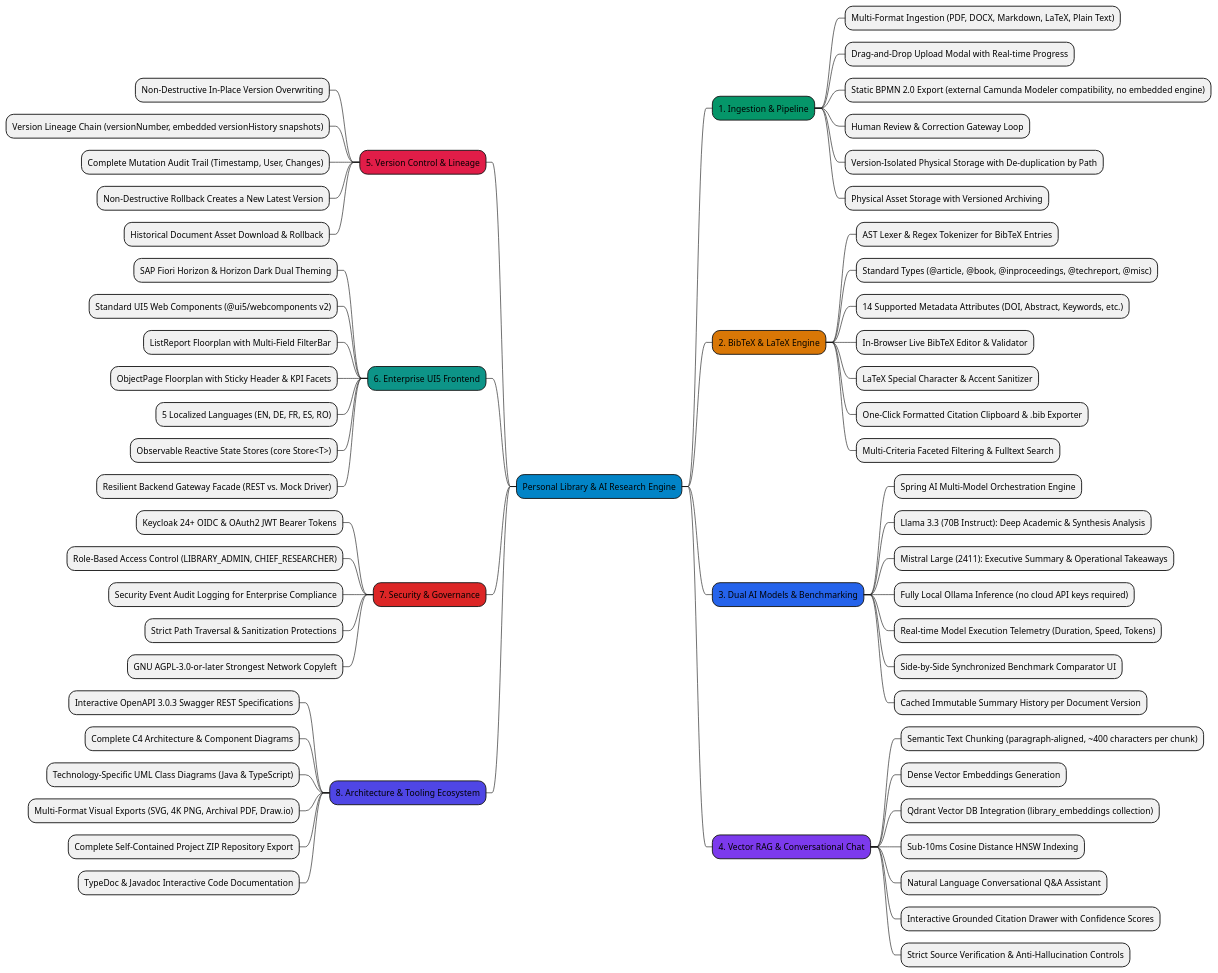
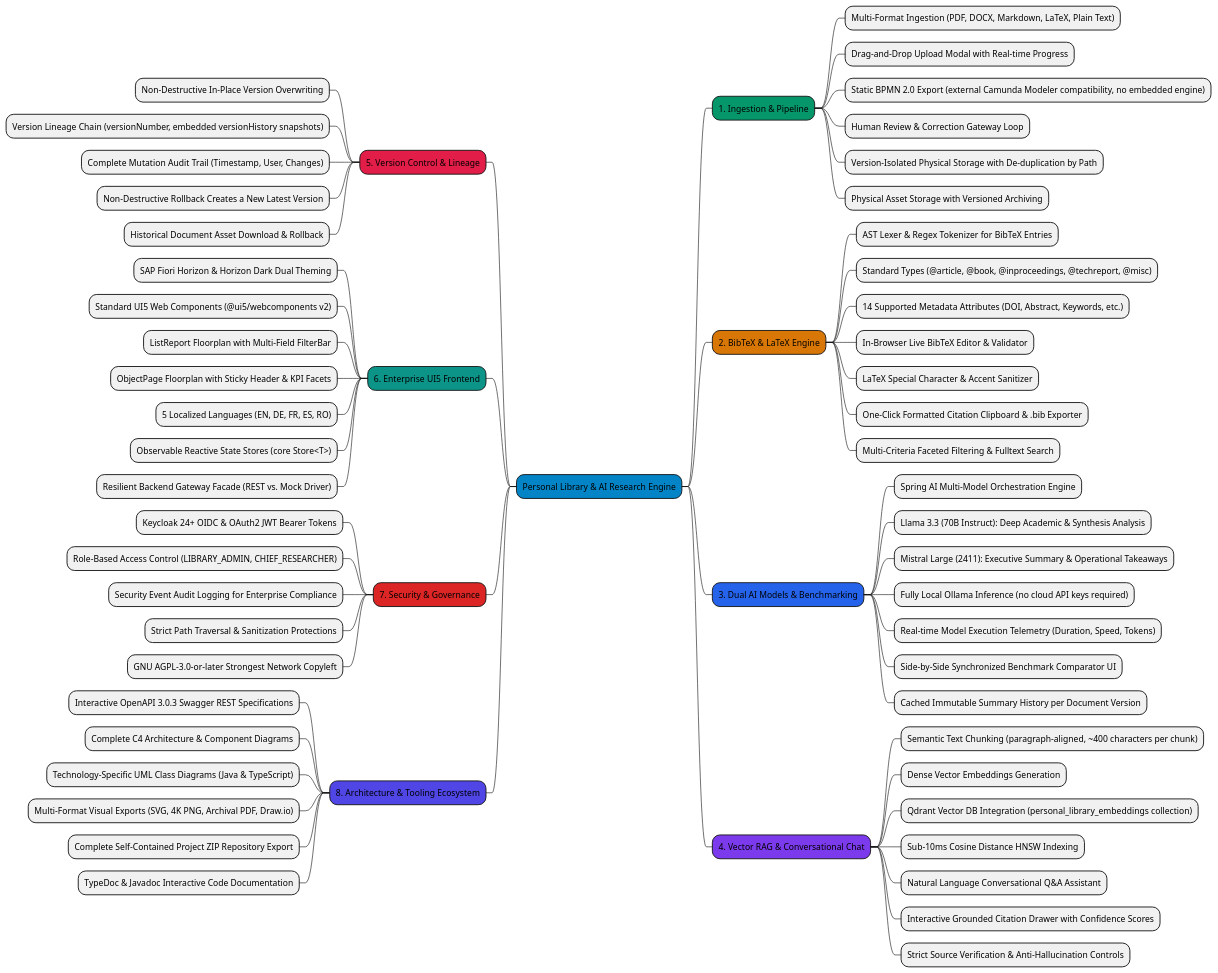
One commit to epascalau/personal-library changed the diagram in docs/diagrams/mindmap.puml. Above: the diagram before and after it, drawn with PlantUML. The commit also changed 70 other files, not shown here.

```diff
--- a/docs/diagrams/mindmap.puml
+++ b/docs/diagrams/mindmap.puml
@@ -1,72 +1,72 @@
 @startmindmap
 *[#0284c7] Personal Library & AI Research Engine
 
 **[#059669] 1. Ingestion & Pipeline
 *** Multi-Format Ingestion (PDF, DOCX, Markdown, LaTeX, Plain Text)
 *** Drag-and-Drop Upload Modal with Real-time Progress
 *** Static BPMN 2.0 Export (external Camunda Modeler compatibility, no embedded engine)
 *** Human Review & Correction Gateway Loop
 *** Version-Isolated Physical Storage with De-duplication by Path
 *** Physical Asset Storage with Versioned Archiving
 
 **[#d97706] 2. BibTeX & LaTeX Engine
 *** AST Lexer & Regex Tokenizer for BibTeX Entries
 *** Standard Types (@article, @book, @inproceedings, @techreport, @misc)
 *** 14 Supported Metadata Attributes (DOI, Abstract, Keywords, etc.)
 *** In-Browser Live BibTeX Editor & Validator
 *** LaTeX Special Character & Accent Sanitizer
 *** One-Click Formatted Citation Clipboard & .bib Exporter
 *** Multi-Criteria Faceted Filtering & Fulltext Search
 
 **[#2563eb] 3. Dual AI Models & Benchmarking
 *** Spring AI Multi-Model Orchestration Engine
 *** Llama 3.3 (70B Instruct): Deep Academic & Synthesis Analysis
 *** Mistral Large (2411): Executive Summary & Operational Takeaways
 *** Fully Local Ollama Inference (no cloud API keys required)
 *** Real-time Model Execution Telemetry (Duration, Speed, Tokens)
 *** Side-by-Side Synchronized Benchmark Comparator UI
 *** Cached Immutable Summary History per Document Version
 
 **[#7c3aed] 4. Vector RAG & Conversational Chat
 *** Semantic Text Chunking (paragraph-aligned, ~400 characters per chunk)
 *** Dense Vector Embeddings Generation
-*** Qdrant Vector DB Integration (library_embeddings collection)
+*** Qdrant Vector DB Integration (personal_library_embeddings collection)
 *** Sub-10ms Cosine Distance HNSW Indexing
 *** Natural Language Conversational Q&A Assistant
 *** Interactive Grounded Citation Drawer with Confidence Scores
 *** Strict Source Verification & Anti-Hallucination Controls
 
 left side
 
 **[#e11d48] 5. Version Control & Lineage
 *** Non-Destructive In-Place Version Overwriting
 *** Version Lineage Chain (versionNumber, embedded versionHistory snapshots)
 *** Complete Mutation Audit Trail (Timestamp, User, Changes)
 *** Non-Destructive Rollback Creates a New Latest Version
 *** Historical Document Asset Download & Rollback
 
 **[#0d9488] 6. Enterprise UI5 Frontend
 *** SAP Fiori Horizon & Horizon Dark Dual Theming
 *** Standard UI5 Web Components (@ui5/webcomponents v2)
 *** ListReport Floorplan with Multi-Field FilterBar
 *** ObjectPage Floorplan with Sticky Header & KPI Facets
 *** 5 Localized Languages (EN, DE, FR, ES, RO)
 *** Observable Reactive State Stores (core Store<T>)
 *** Resilient Backend Gateway Facade (REST vs. Mock Driver)
 
 **[#dc2626] 7. Security & Governance
 *** Keycloak 24+ OIDC & OAuth2 JWT Bearer Tokens
 *** Role-Based Access Control (LIBRARY_ADMIN, CHIEF_RESEARCHER)
 *** Security Event Audit Logging for Enterprise Compliance
 *** Strict Path Traversal & Sanitization Protections
 *** GNU AGPL-3.0-or-later Strongest Network Copyleft
 
 **[#4f46e5] 8. Architecture & Tooling Ecosystem
 *** Interactive OpenAPI 3.0.3 Swagger REST Specifications
 *** Complete C4 Architecture & Component Diagrams
 *** Technology-Specific UML Class Diagrams (Java & TypeScript)
 *** Multi-Format Visual Exports (SVG, 4K PNG, Archival PDF, Draw.io)
 *** Complete Self-Contained Project ZIP Repository Export
 *** TypeDoc & Javadoc Interactive Code Documentation
 
 @endmindmap
```
